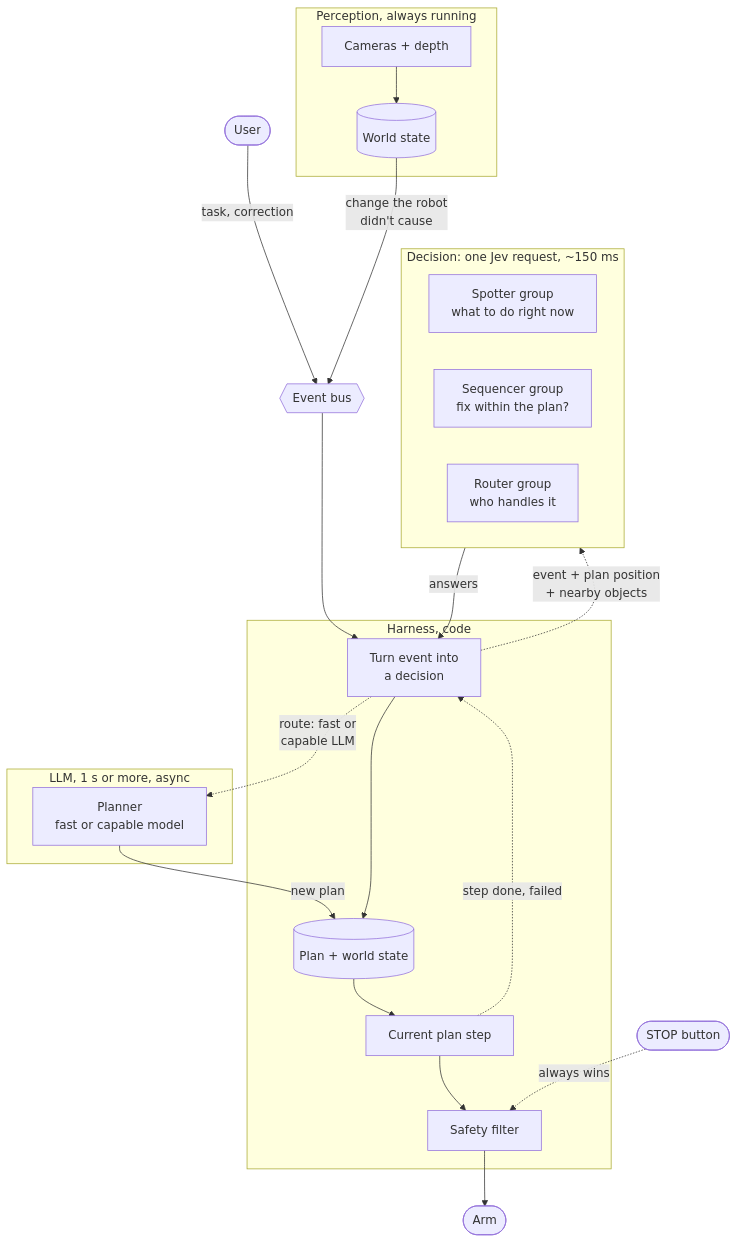
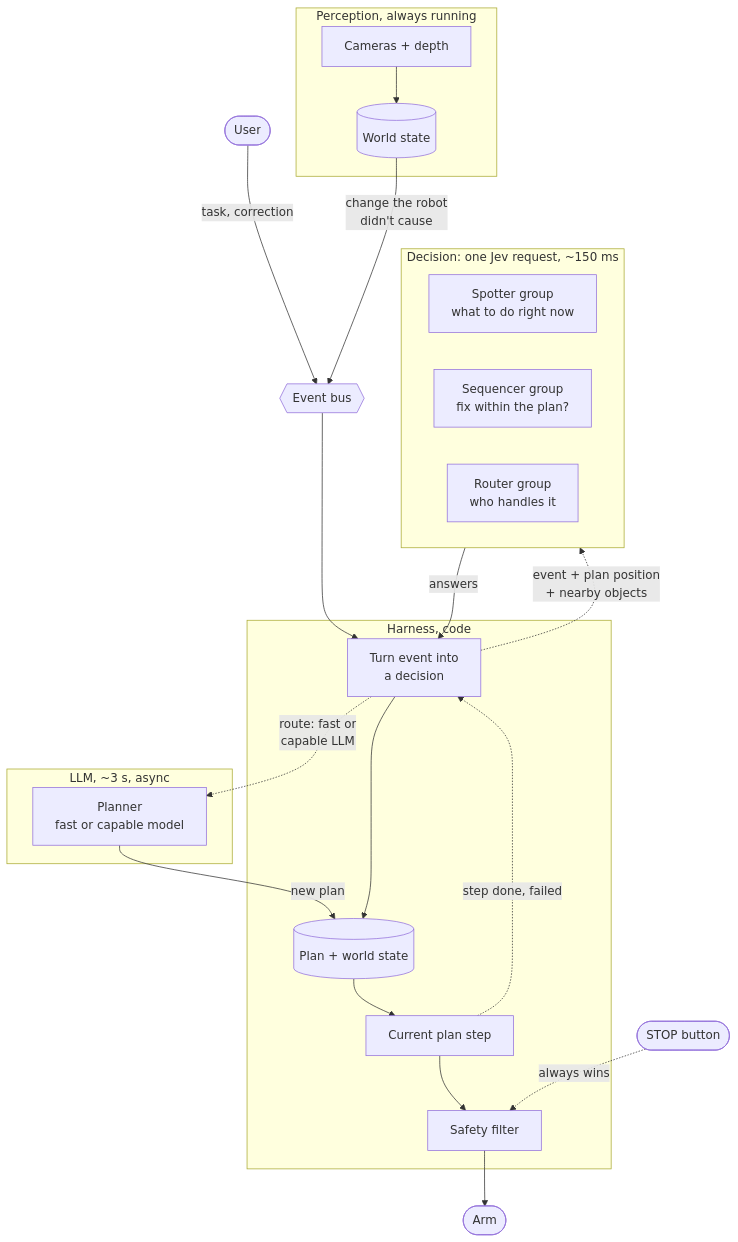
The first of 7 diagrams in docs/v2-diagrams.md (alee792/robojev), drawn with Mermaid before and after one commit. The commit also changed other lines of this file and 1 other file, not shown here.

First line of the commit message:
v2: LLM timings from E13 (plans ~2-3 s, replans ~3-4 s, tail to 25 s)

````diff
--- a/docs/v2-diagrams.md
+++ b/docs/v2-diagrams.md
@@ -11,33 +11,33 @@
 ```mermaid
 flowchart TB
     subgraph perc [Perception, always running]
         cams[Cameras + depth] --> ws[(World state)]
     end
     user([User])
     bus{{Event bus}}
     subgraph harness [Harness, code]
         disp[Turn event into<br/>a decision]
         state[(Plan + world state)]
         skill[Current plan step]
         filter[Safety filter]
     end
     subgraph jev [Decision: one Jev request, ~150 ms]
         g1[Spotter group<br/>what to do right now]
         g2[Sequencer group<br/>fix within the plan?]
         g3[Router group<br/>who handles it]
     end
-    subgraph llm [LLM, 1 s or more, async]
+    subgraph llm [LLM, ~3 s, async]
         planner[Planner<br/>fast or capable model]
     end
 
     user -- "task, correction" --> bus
     ws -- "change the robot<br/>didn't cause" --> bus
     bus --> disp
     disp -. "event + plan position<br/>+ nearby objects" .-> jev
     jev -- "answers" --> disp
     disp -. "route: fast or<br/>capable LLM" .-> planner
     planner -- "new plan" --> state
     disp --> state --> skill --> filter --> arm([Arm])
     skill -. "step done, failed" .-> disp
     stop([STOP button]) -. "always wins" .-> filter
 ```
````
